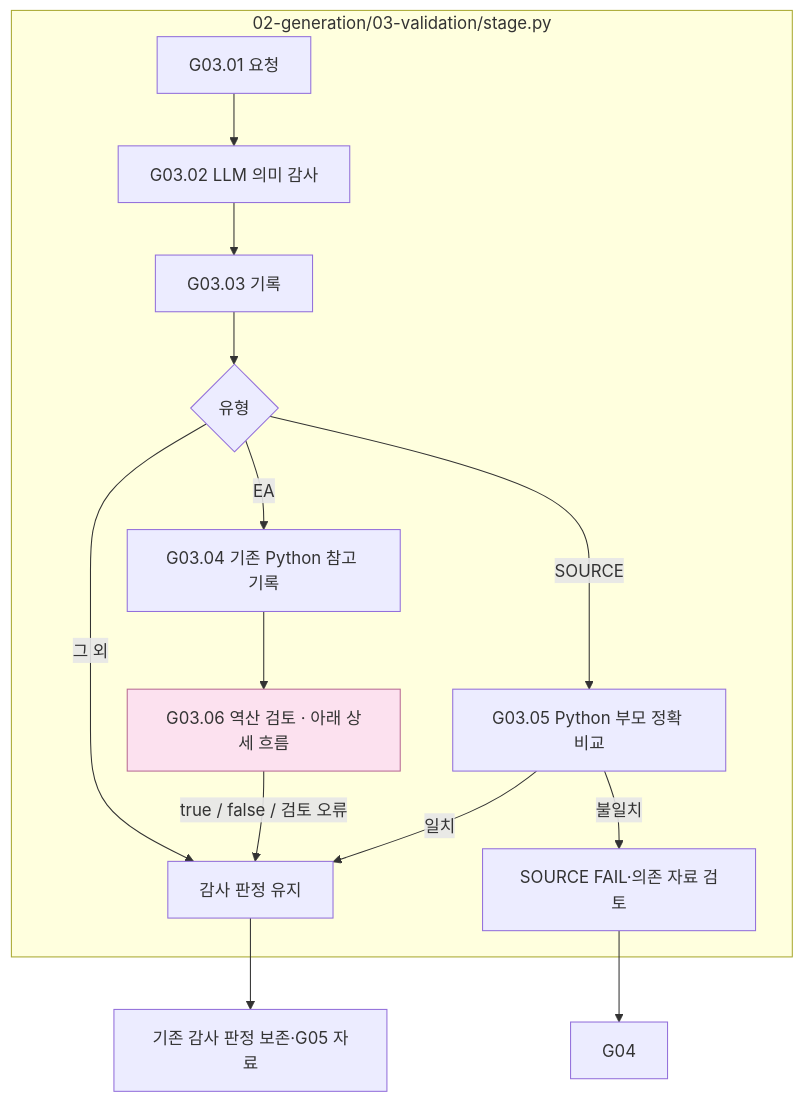
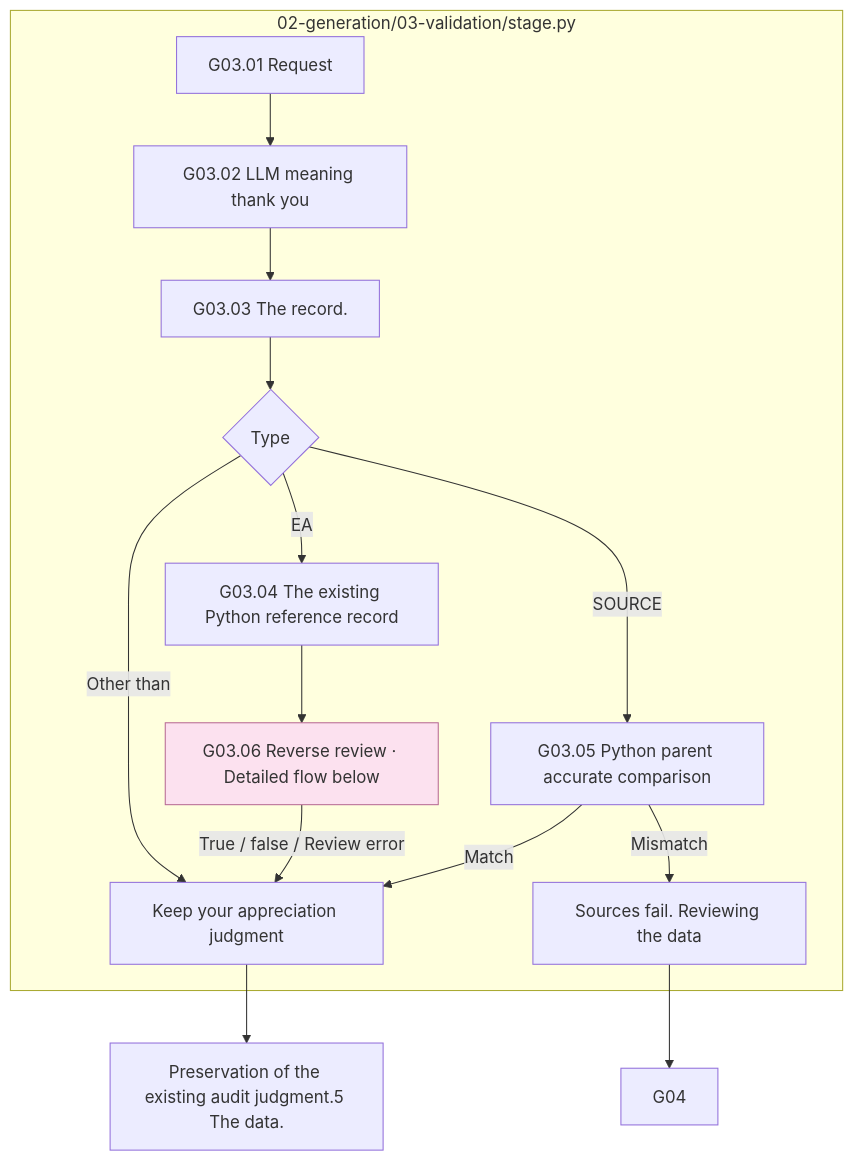
The first of 5 diagrams in src/finarch/documentation/templates/stages/01-dataset/02-generation/03-validation/README.md (pnu-clink/finject), drawn with Mermaid before and after one commit. The commit also changed other lines of this file and 644 other files, not shown here.

````diff
--- a/src/finarch/documentation/templates/stages/01-dataset/02-generation/03-validation/README.md
+++ b/src/finarch/documentation/templates/stages/01-dataset/02-generation/03-validation/README.md
@@ -26,17 +26,17 @@
 ```mermaid
 flowchart TD
  subgraph G["02-generation/03-validation/stage.py"]
-  A["G03.01 요청"] --> B["G03.02 LLM 의미 감사"] --> C["G03.03 기록"]
-  C --> D{"유형"}
-  D -->|EA| E["G03.04 기존 Python 참고 기록"] --> L["G03.06 역산 검토 · 아래 상세 흐름"]
-  D -->|SOURCE| F["G03.05 Python 부모 정확 비교"]
-  D -->|그 외| J["감사 판정 유지"]
-  L -->|true / false / 검토 오류| J
-  F -->|불일치| X["SOURCE FAIL·의존 자료 검토"]
-  F -->|일치| J
+  A["G03.01 Request"] --> B["G03.02 LLM meaning thank you"] --> C["G03.03 The record."]
+  C --> D{"Type"}
+  D -->|EA| E["G03.04 The existing Python reference record"] --> L["G03.06 Reverse review · Detailed flow below"]
+  D -->|SOURCE| F["G03.05 Python parent accurate comparison"]
+  D -->|Other than| J["Keep your appreciation judgment"]
+  L -->|True / false / Review error| J
+  F -->|Mismatch| X["Sources fail. Reviewing the data"]
+  F -->|Match| J
  end
  X --> H["G04"]
- J --> R["기존 감사 판정 보존·G05 자료"]
+ J --> R["Preservation of the existing audit judgment.5 The data."]
  classDef expanded fill:#fce1ef,stroke:#b86b94
  class L expanded
 ```
````
